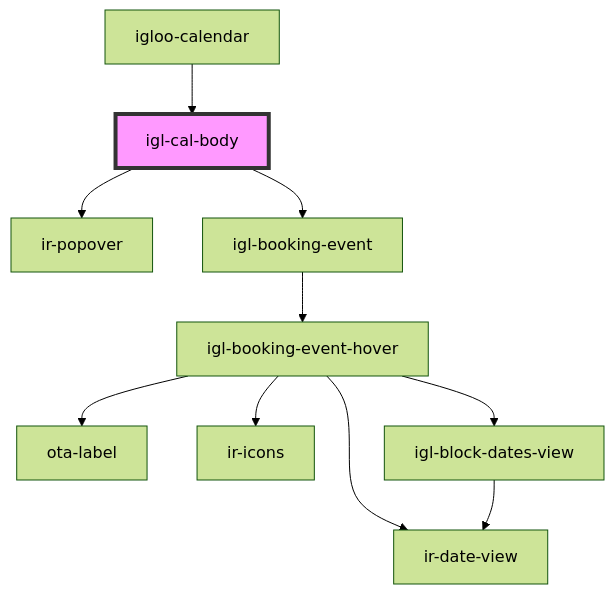
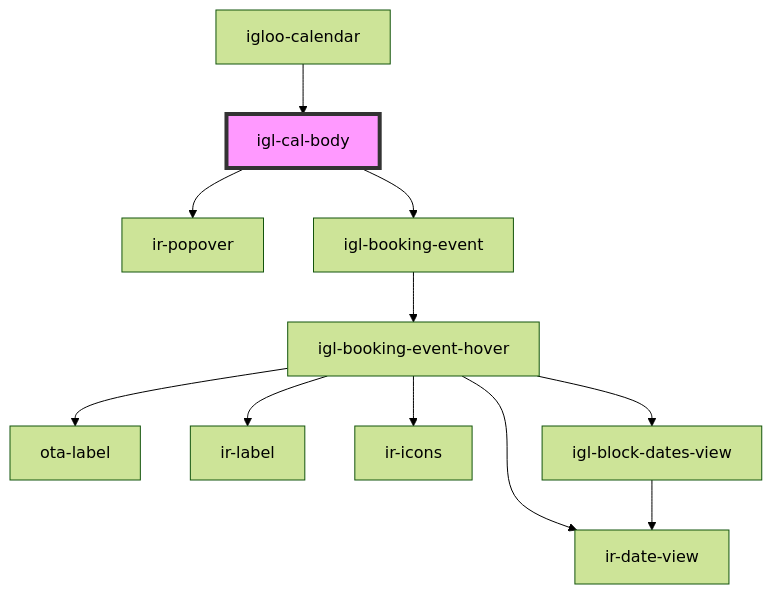
Before and after one commit to RonyRizk/ir-webcmp: the diagram in src/components/igloo-calendar/igl-cal-body/readme.md, drawn with Mermaid (forest theme). The commit also changed 21 other files, not shown here.

````diff
--- a/src/components/igloo-calendar/igl-cal-body/readme.md
+++ b/src/components/igloo-calendar/igl-cal-body/readme.md
@@ -42,13 +42,14 @@
 ```mermaid
 graph TD;
   igl-cal-body --> ir-popover
   igl-cal-body --> igl-booking-event
   igl-booking-event --> igl-booking-event-hover
   igl-booking-event-hover --> ota-label
   igl-booking-event-hover --> ir-date-view
+  igl-booking-event-hover --> ir-label
   igl-booking-event-hover --> ir-icons
   igl-booking-event-hover --> igl-block-dates-view
   igl-block-dates-view --> ir-date-view
   igloo-calendar --> igl-cal-body
   style igl-cal-body fill:#f9f,stroke:#333,stroke-width:4px
 ```
````
